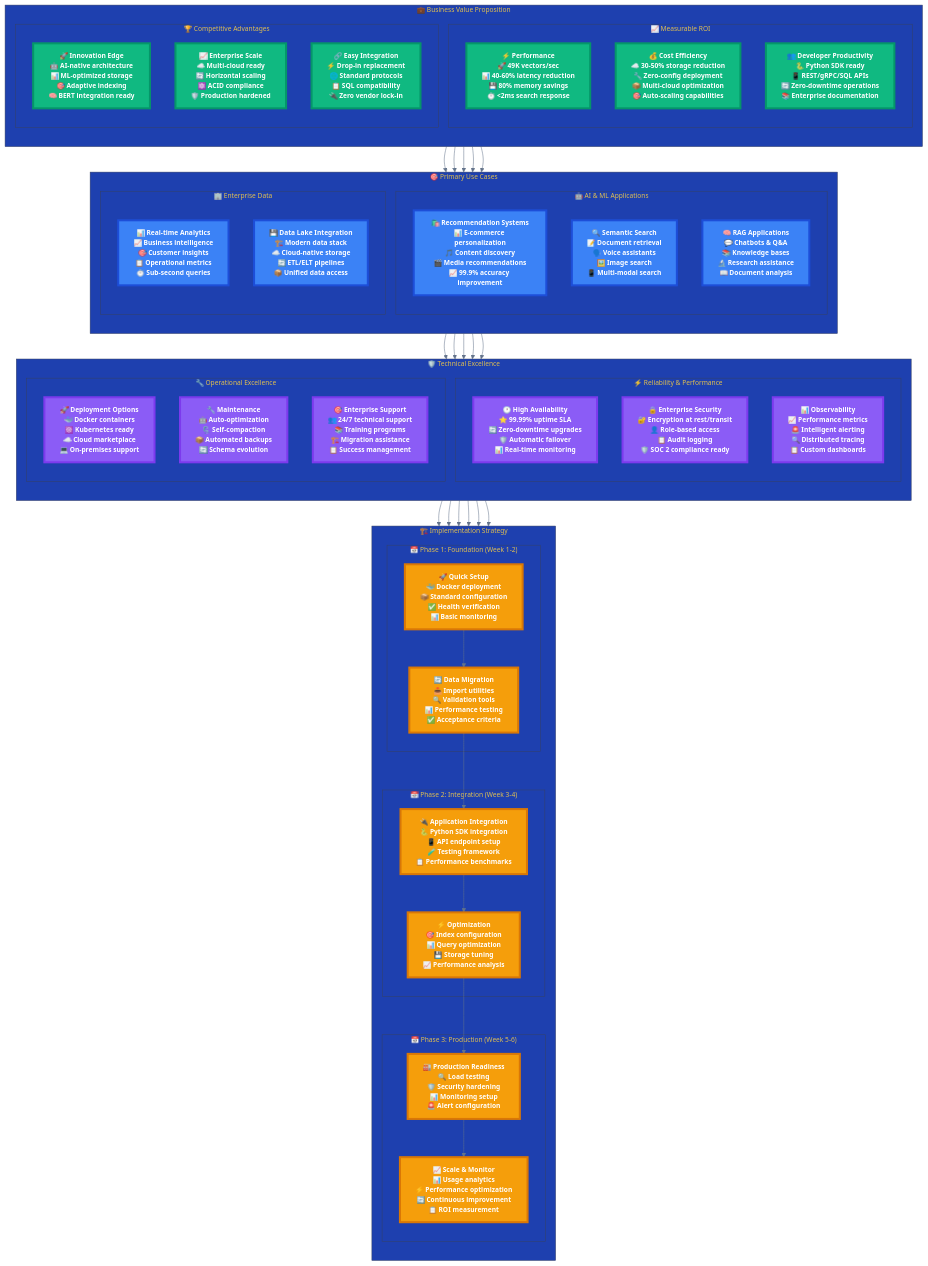
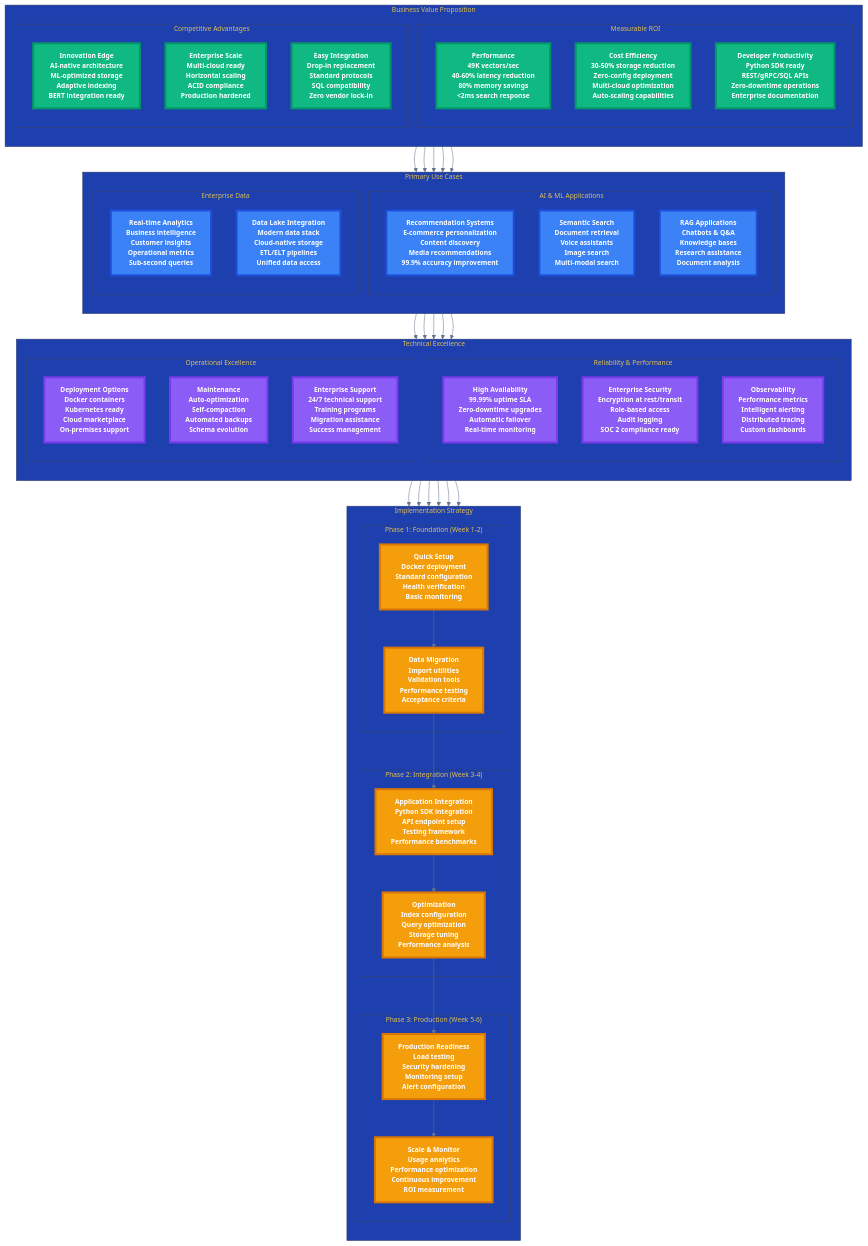
Before and after one commit to vjsingh1984/proximaDB: the diagram in docs/diagrams/business-system-overview.mmd, drawn with Mermaid. The commit also changed 120 other files, not shown here.

```diff
--- a/docs/diagrams/business-system-overview.mmd
+++ b/docs/diagrams/business-system-overview.mmd
@@ -1,149 +1,149 @@
 %%{init: {'theme':'base', 'themeVariables': { 
   'primaryColor':'#1e293b', 
   'primaryTextColor':'#ffffff', 
   'primaryBorderColor':'#334155', 
   'lineColor':'#64748b', 
   'fontSize':'13px', 
   'fontFamily':'Inter, -apple-system, sans-serif',
   'secondaryColor':'#0f172a',
   'tertiaryColor':'#1e40af',
   'background':'#ffffff',
   'mainBkg':'#f8fafc',
   'secondBkg':'#e2e8f0',
   'tertiaryBkg':'#cbd5e1'
 }}}%%
 
 graph TB
     %% ===========================================
     %% ProximaDB Business System Overview
     %% Executive & Decision Maker Focused
     %% ===========================================
     
-    subgraph BusinessValue["💼 Business Value Proposition"]
+    subgraph BusinessValue["Business Value Proposition"]
         direction TB
         
-        subgraph ROI["📈 Measurable ROI"]
-            Performance["⚡ Performance<br/>🚀 49K vectors/sec<br/>📊 40-60% latency reduction<br/>💾 80% memory savings<br/>⏱️ <2ms search response"]
+        subgraph ROI["Measurable ROI"]
+            Performance["Performance<br/>49K vectors/sec<br/>40-60% latency reduction<br/>80% memory savings<br/><2ms search response"]
             
-            CostSavings["💰 Cost Efficiency<br/>☁️ 30-50% storage reduction<br/>🔧 Zero-config deployment<br/>📦 Multi-cloud optimization<br/>🎯 Auto-scaling capabilities"]
+            CostSavings["Cost Efficiency<br/>30-50% storage reduction<br/>Zero-config deployment<br/>Multi-cloud optimization<br/>Auto-scaling capabilities"]
             
-            Productivity["👥 Developer Productivity<br/>🐍 Python SDK ready<br/>📱 REST/gRPC/SQL APIs<br/>🔄 Zero-downtime operations<br/>📚 Enterprise documentation"]
+            Productivity["Developer Productivity<br/>Python SDK ready<br/>REST/gRPC/SQL APIs<br/>Zero-downtime operations<br/>Enterprise documentation"]
         end
         
-        subgraph Competitive["🏆 Competitive Advantages"]
-            Innovation["🚀 Innovation Edge<br/>🤖 AI-native architecture<br/>📊 ML-optimized storage<br/>🎯 Adaptive indexing<br/>🧠 BERT integration ready"]
+        subgraph Competitive["Competitive Advantages"]
+            Innovation["Innovation Edge<br/>AI-native architecture<br/>ML-optimized storage<br/>Adaptive indexing<br/>BERT integration ready"]
             
-            Scalability["📈 Enterprise Scale<br/>☁️ Multi-cloud ready<br/>🔄 Horizontal scaling<br/>⚛️ ACID compliance<br/>🛡️ Production hardened"]
+            Scalability["Enterprise Scale<br/>Multi-cloud ready<br/>Horizontal scaling<br/>ACID compliance<br/>Production hardened"]
             
-            Integration["🔗 Easy Integration<br/>⚡ Drop-in replacement<br/>🌐 Standard protocols<br/>📋 SQL compatibility<br/>🔌 Zero vendor lock-in"]
+            Integration["Easy Integration<br/>Drop-in replacement<br/>Standard protocols<br/>SQL compatibility<br/>Zero vendor lock-in"]
         end
     end
     
-    subgraph UseCases["🎯 Primary Use Cases"]
+    subgraph UseCases["Primary Use Cases"]
         direction TB
         
-        subgraph AIApplications["🤖 AI & ML Applications"]
-            Recommendation["🛍️ Recommendation Systems<br/>📊 E-commerce personalization<br/>🎵 Content discovery<br/>🎬 Media recommendations<br/>📈 99.9% accuracy improvement"]
+        subgraph AIApplications["AI & ML Applications"]
+            Recommendation["Recommendation Systems<br/>E-commerce personalization<br/>Content discovery<br/>Media recommendations<br/>99.9% accuracy improvement"]
             
-            Search["🔍 Semantic Search<br/>📝 Document retrieval<br/>🗣️ Voice assistants<br/>🖼️ Image search<br/>📱 Multi-modal search"]
+            Search["Semantic Search<br/>Document retrieval<br/>Voice assistants<br/>Image search<br/>Multi-modal search"]
             
-            RAG["🧠 RAG Applications<br/>💬 Chatbots & Q&A<br/>📚 Knowledge bases<br/>🔬 Research assistance<br/>📖 Document analysis"]
+            RAG["RAG Applications<br/>Chatbots & Q&A<br/>Knowledge bases<br/>Research assistance<br/>Document analysis"]
         end
         
-        subgraph EnterpriseData["🏢 Enterprise Data"]
-            Analytics["📊 Real-time Analytics<br/>📈 Business intelligence<br/>🎯 Customer insights<br/>📋 Operational metrics<br/>⏱️ Sub-second queries"]
+        subgraph EnterpriseData["Enterprise Data"]
+            Analytics["Real-time Analytics<br/>Business intelligence<br/>Customer insights<br/>Operational metrics<br/>Sub-second queries"]
             
-            DataLakes["💾 Data Lake Integration<br/>🏗️ Modern data stack<br/>☁️ Cloud-native storage<br/>🔄 ETL/ELT pipelines<br/>📦 Unified data access"]
+            DataLakes["Data Lake Integration<br/>Modern data stack<br/>Cloud-native storage<br/>ETL/ELT pipelines<br/>Unified data access"]
         end
     end
     
-    subgraph TechnicalExcellence["🛡️ Technical Excellence"]
+    subgraph TechnicalExcellence[" Technical Excellence"]
         direction TB
         
-        subgraph Reliability["⚡ Reliability & Performance"]
-            Uptime["🕐 High Availability<br/>⭐ 99.99% uptime SLA<br/>🔄 Zero-downtime upgrades<br/>🛡️ Automatic failover<br/>📊 Real-time monitoring"]
+        subgraph Reliability["Reliability & Performance"]
+            Uptime["High Availability<br/>99.99% uptime SLA<br/>Zero-downtime upgrades<br/>Automatic failover<br/>Real-time monitoring"]
             
-            Security["🔒 Enterprise Security<br/>🔐 Encryption at rest/transit<br/>👤 Role-based access<br/>📋 Audit logging<br/>🛡️ SOC 2 compliance ready"]
+            Security["Enterprise Security<br/>Encryption at rest/transit<br/>Role-based access<br/>Audit logging<br/>SOC 2 compliance ready"]
             
-            Monitoring["📊 Observability<br/>📈 Performance metrics<br/>🚨 Intelligent alerting<br/>🔍 Distributed tracing<br/>📋 Custom dashboards"]
+            Monitoring["Observability<br/>Performance metrics<br/>Intelligent alerting<br/>Distributed tracing<br/>Custom dashboards"]
         end
         
-        subgraph Operations["🔧 Operational Excellence"]
-            Deployment["🚀 Deployment Options<br/>🐳 Docker containers<br/>☸️ Kubernetes ready<br/>☁️ Cloud marketplace<br/>💻 On-premises support"]
+        subgraph Operations["Operational Excellence"]
+            Deployment["Deployment Options<br/>Docker containers<br/>Kubernetes ready<br/>Cloud marketplace<br/>On-premises support"]
             
-            Maintenance["🔧 Maintenance<br/>🤖 Auto-optimization<br/>🗜️ Self-compaction<br/>📦 Automated backups<br/>🔄 Schema evolution"]
+            Maintenance["Maintenance<br/>Auto-optimization<br/>Self-compaction<br/>Automated backups<br/>Schema evolution"]
             
-            Support["🎯 Enterprise Support<br/>👥 24/7 technical support<br/>📚 Training programs<br/>🏗️ Migration assistance<br/>📋 Success management"]
+            Support["Enterprise Support<br/>24/7 technical support<br/>Training programs<br/>Migration assistance<br/>Success management"]
         end
     end
     
-    subgraph Implementation["🏗️ Implementation Strategy"]
+    subgraph Implementation["Implementation Strategy"]
         direction TB
         
-        subgraph Phase1["📅 Phase 1: Foundation (Week 1-2)"]
-            Setup["🚀 Quick Setup<br/>🐳 Docker deployment<br/>📦 Standard configuration<br/>✅ Health verification<br/>📊 Basic monitoring"]
+        subgraph Phase1["Phase 1: Foundation (Week 1-2)"]
+            Setup["Quick Setup<br/>Docker deployment<br/>Standard configuration<br/>Health verification<br/>Basic monitoring"]
             
-            Migration["🔄 Data Migration<br/>📥 Import utilities<br/>🔍 Validation tools<br/>📊 Performance testing<br/>✅ Acceptance criteria"]
+            Migration["Data Migration<br/>Import utilities<br/>Validation tools<br/>Performance testing<br/>Acceptance criteria"]
         end
         
-        subgraph Phase2["📅 Phase 2: Integration (Week 3-4)"]
-            AppIntegration["🔌 Application Integration<br/>🐍 Python SDK integration<br/>📱 API endpoint setup<br/>🧪 Testing framework<br/>📋 Performance benchmarks"]
+        subgraph Phase2["Phase 2: Integration (Week 3-4)"]
+            AppIntegration["Application Integration<br/>Python SDK integration<br/>API endpoint setup<br/>Testing framework<br/>Performance benchmarks"]
             
-            Optimization["⚡ Optimization<br/>🎯 Index configuration<br/>📊 Query optimization<br/>💾 Storage tuning<br/>📈 Performance analysis"]
+            Optimization["Optimization<br/>Index configuration<br/>Query optimization<br/>Storage tuning<br/>Performance analysis"]
         end
         
-        subgraph Phase3["📅 Phase 3: Production (Week 5-6)"]
-            Production["🏭 Production Readiness<br/>🔍 Load testing<br/>🛡️ Security hardening<br/>📊 Monitoring setup<br/>🚨 Alert configuration"]
+        subgraph Phase3["Phase 3: Production (Week 5-6)"]
+            Production["Production Readiness<br/>Load testing<br/>Security hardening<br/>Monitoring setup<br/>Alert configuration"]
             
-            Scale["📈 Scale & Monitor<br/>📊 Usage analytics<br/>⚡ Performance optimization<br/>🔄 Continuous improvement<br/>📋 ROI measurement"]
+            Scale["Scale & Monitor<br/>Usage analytics<br/>Performance optimization<br/>Continuous improvement<br/>ROI measurement"]
         end
     end
     
     %% ===========================================
     %% Business Flow Connections
     %% ===========================================
     
     %% Value to Use Cases
     Performance --> Recommendation
     CostSavings --> Analytics
     Innovation --> RAG
     Scalability --> DataLakes
     Integration --> Search
     
     %% Use Cases to Technical Excellence
     Recommendation --> Uptime
     Search --> Security
     RAG --> Monitoring
     Analytics --> Deployment
     DataLakes --> Maintenance
     
     %% Technical to Implementation
     Uptime --> Setup
     Security --> Migration
     Monitoring --> AppIntegration
     Deployment --> Optimization
     Maintenance --> Production
     Support --> Scale
     
     %% Implementation Flow
     Setup --> Migration
     Migration --> AppIntegration
     AppIntegration --> Optimization
     Optimization --> Production
     Production --> Scale
     
     %% ===========================================
     %% Executive-Grade Styling
     %% ===========================================
     
     classDef valueStyle fill:#10b981,stroke:#059669,stroke-width:4px,color:#ffffff,font-weight:bold,font-size:13px
     classDef useCaseStyle fill:#3b82f6,stroke:#1d4ed8,stroke-width:4px,color:#ffffff,font-weight:bold,font-size:13px
     classDef technicalStyle fill:#8b5cf6,stroke:#7c3aed,stroke-width:4px,color:#ffffff,font-weight:bold,font-size:13px
     classDef implementationStyle fill:#f59e0b,stroke:#d97706,stroke-width:4px,color:#ffffff,font-weight:bold,font-size:13px
     classDef criticalStyle fill:#ef4444,stroke:#dc2626,stroke-width:4px,color:#ffffff,font-weight:bold,font-size:13px
     
     %% Apply Business-Focused Styling
     class Performance,CostSavings,Productivity,Innovation,Scalability,Integration valueStyle
     class Recommendation,Search,RAG,Analytics,DataLakes useCaseStyle
     class Uptime,Security,Monitoring,Deployment,Maintenance,Support technicalStyle
     class Setup,Migration,AppIntegration,Optimization,Production,Scale implementationStyle
```
